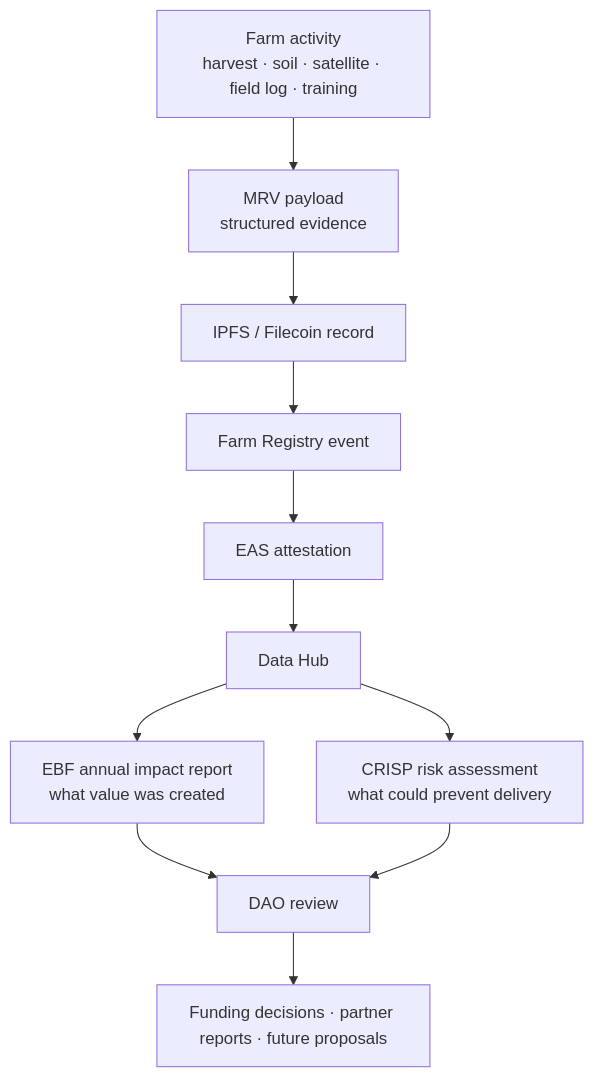
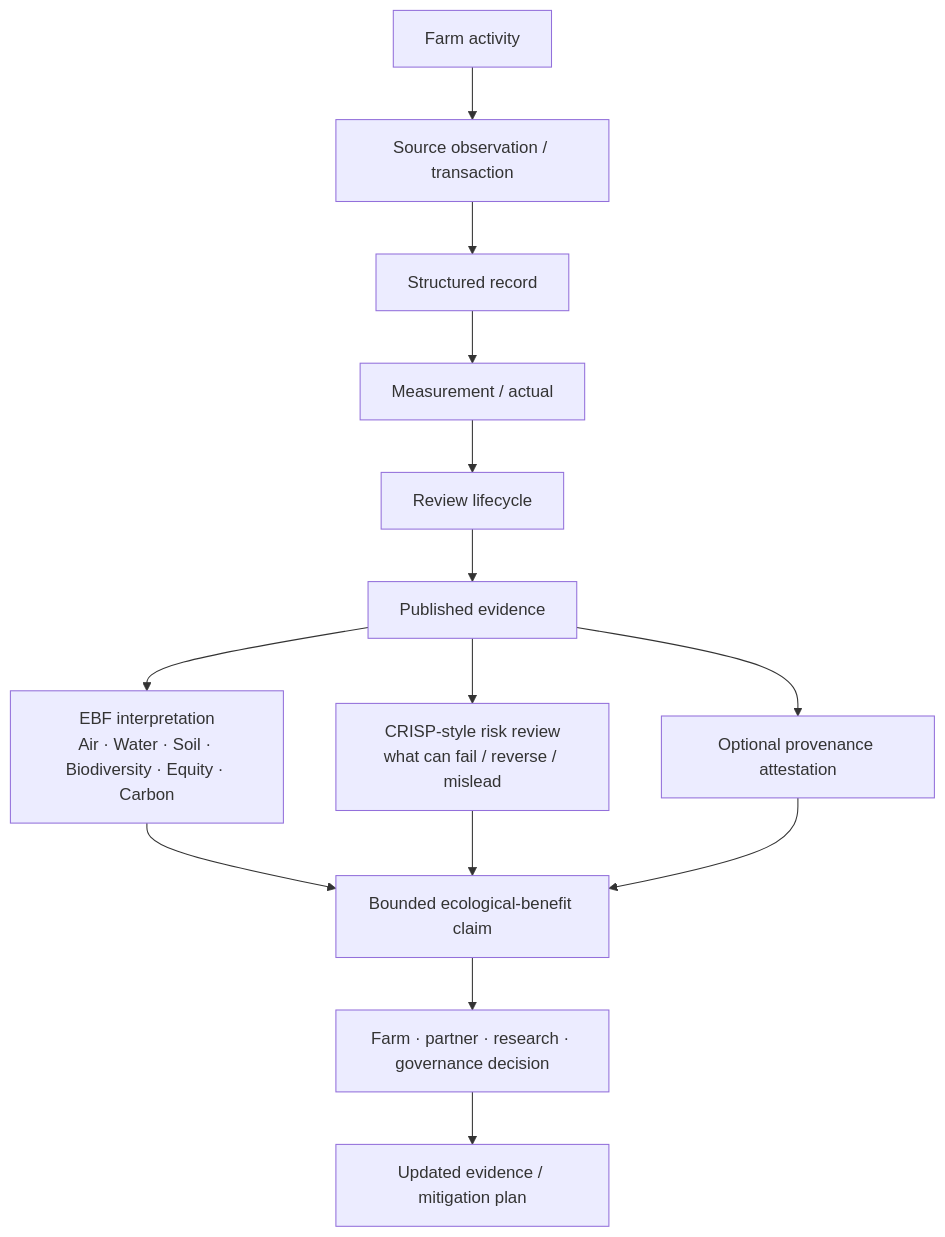
Before and after one commit to wasalo/Kokonut-Public-Site: the first of 2 diagrams in kokonut-framework/framework-add-ons/ecological-impact-frameworks.mdx, drawn with Mermaid. The commit also changed other lines of this file, not shown here.

Commit message:
docs(kokonut-framework): improve ecological impact frameworks

````diff
--- a/kokonut-framework/framework-add-ons/ecological-impact-frameworks.mdx
+++ b/kokonut-framework/framework-add-ons/ecological-impact-frameworks.mdx
@@ -54,15 +68,20 @@
 ```mermaid
 flowchart TD
-    A["Farm activity\nharvest · soil · satellite · field log · training"] --> B["MRV payload\nstructured evidence"]
-    B --> C["IPFS / Filecoin record"]
-    C --> D["Farm Registry event"]
-    D --> E["EAS attestation"]
-    E --> F["Data Hub"]
+    A["Farm activity"] --> B["Source observation / transaction"]
+    B --> C["Structured record"]
+    C --> D["Measurement / actual"]
+    D --> E["Review lifecycle"]
+    E --> F["Published evidence"]
 
-    F --> G["EBF annual impact report\nwhat value was created"]
-    F --> H["CRISP risk assessment\nwhat could prevent delivery"]
+    F --> G["EBF interpretation<br/>Air · Water · Soil · Biodiversity · Equity · Carbon"]
+    F --> H["CRISP-style risk review<br/>what can fail / reverse / mislead"]
 
-    G --> I["DAO review"]
+    G --> I["Bounded ecological-benefit claim"]
     H --> I
-    I --> J["Funding decisions · partner reports · future proposals"]
+
+    F --> J["Optional provenance attestation"]
+    J --> I
+
+    I --> K["Farm · partner · research · governance decision"]
+    K --> L["Updated evidence / mitigation plan"]
 ```
````
